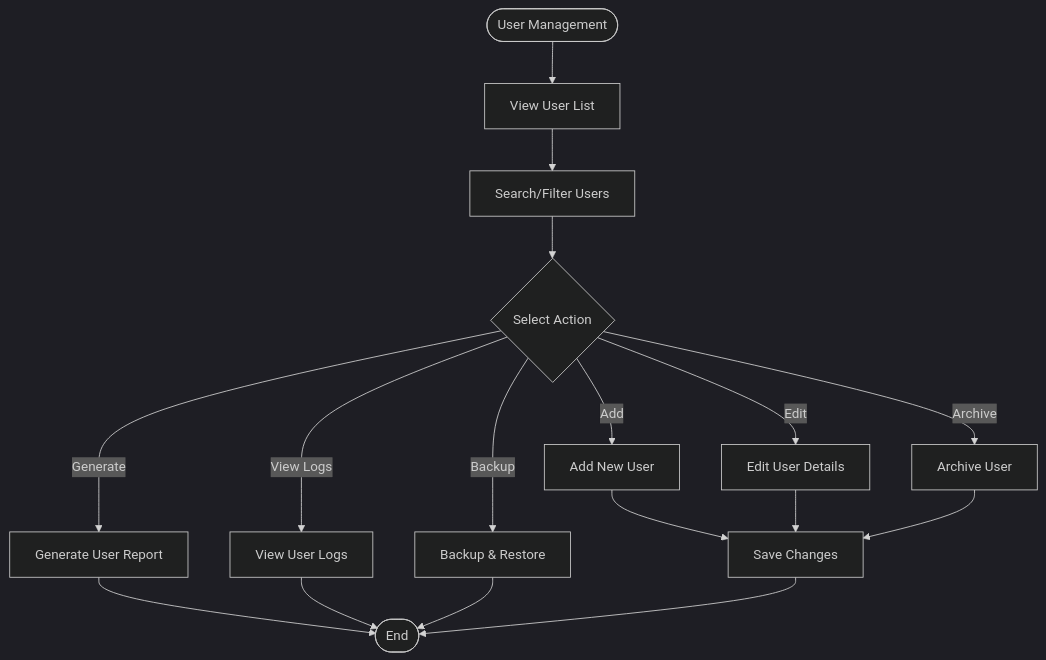
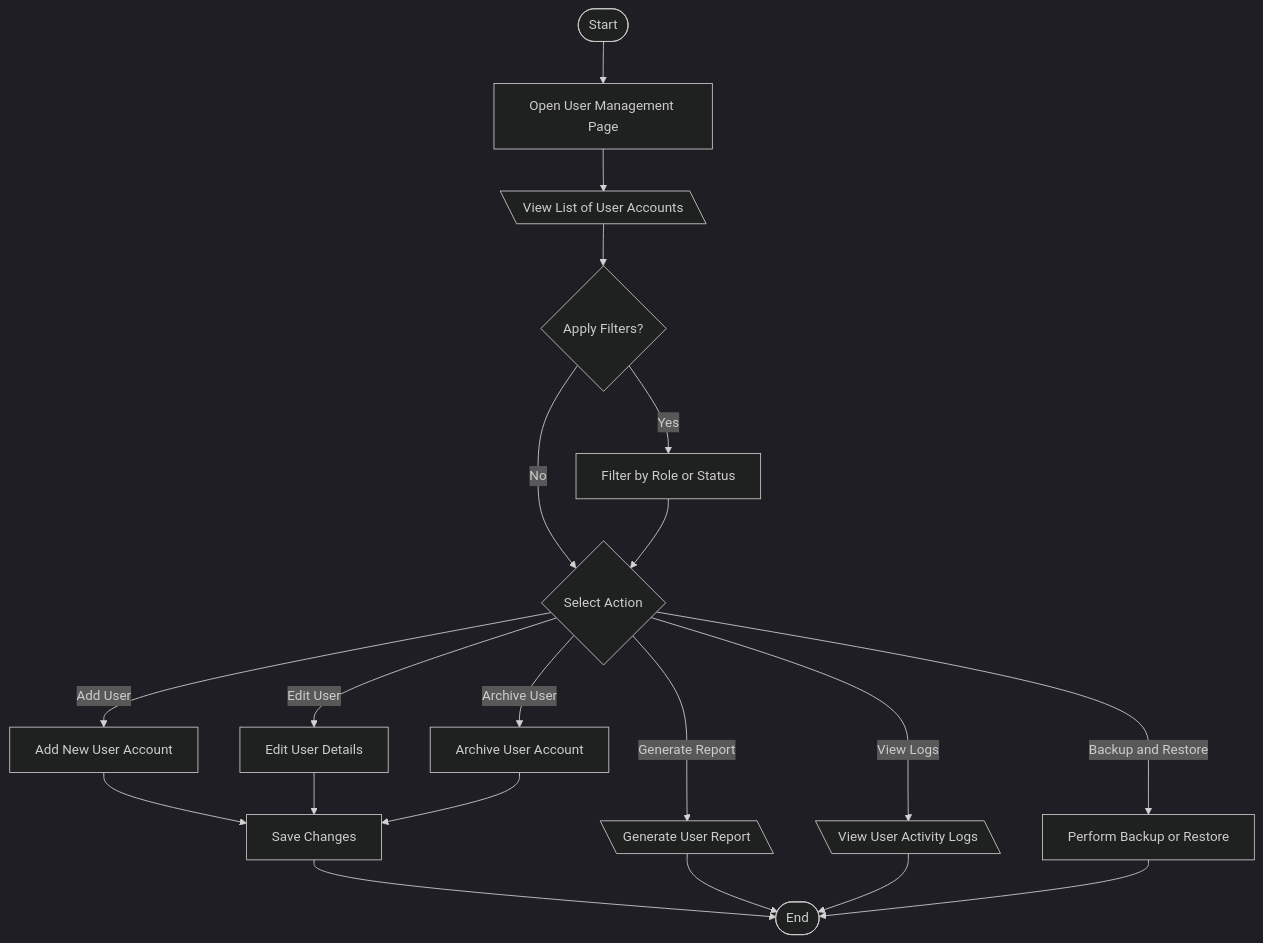
Diagram 11 of 25 in Manuscript/diagrams.md (MellowLaw/AGAPP), drawn with Mermaid (dark theme) before and after one commit. The commit also changed other lines of this file and 1 other file, not shown here.

Commit message:
feat: update diagrams and figures documentation with detailed flowcharts and wireframes for AGAPP

````diff
--- a/Manuscript/diagrams.md
+++ b/Manuscript/diagrams.md
@@ -230,19 +285,22 @@
 ```mermaid
 flowchart TD
-    Start([User Management]) --> Users[View User List]
-    Users --> Search[Search/Filter Users]
-    Search --> Action{Select Action}
-    Action -->|Add| Add[Add New User]
-    Action -->|Edit| Edit[Edit User Details]
-    Action -->|Archive| Archive[Archive User]
-    Action -->|Generate| Report[Generate User Report]
-    Action -->|View Logs| Logs[View User Logs]
-    Action -->|Backup| Backup[Backup & Restore]
+    Start([Start]) --> Open[Open User Management Page]
+    Open --> Users[\View List of User Accounts\]
+    Users --> Filter{Apply Filters?}
+    Filter -->|Yes| Search[Filter by Role or Status]
+    Filter -->|No| Action{Select Action}
+    Search --> Action
+    Action -->|Add User| Add[Add New User Account]
+    Action -->|Edit User| Edit[Edit User Details]
+    Action -->|Archive User| Archive[Archive User Account]
+    Action -->|Generate Report| Report[\Generate User Report\]
+    Action -->|View Logs| Logs[\View User Activity Logs\]
+    Action -->|Backup and Restore| Backup[Perform Backup or Restore]
     Add --> Save[Save Changes]
     Edit --> Save
     Archive --> Save
-    Report --> End([End])
+    Save --> End([End])
+    Report --> End
     Logs --> End
     Backup --> End
-    Save --> End
 ```
````
